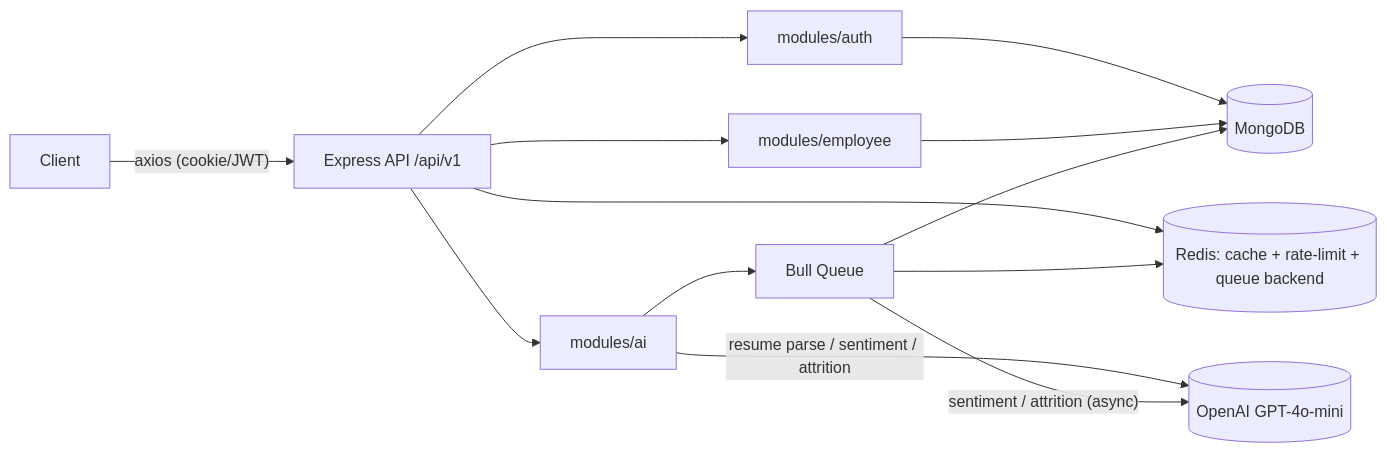
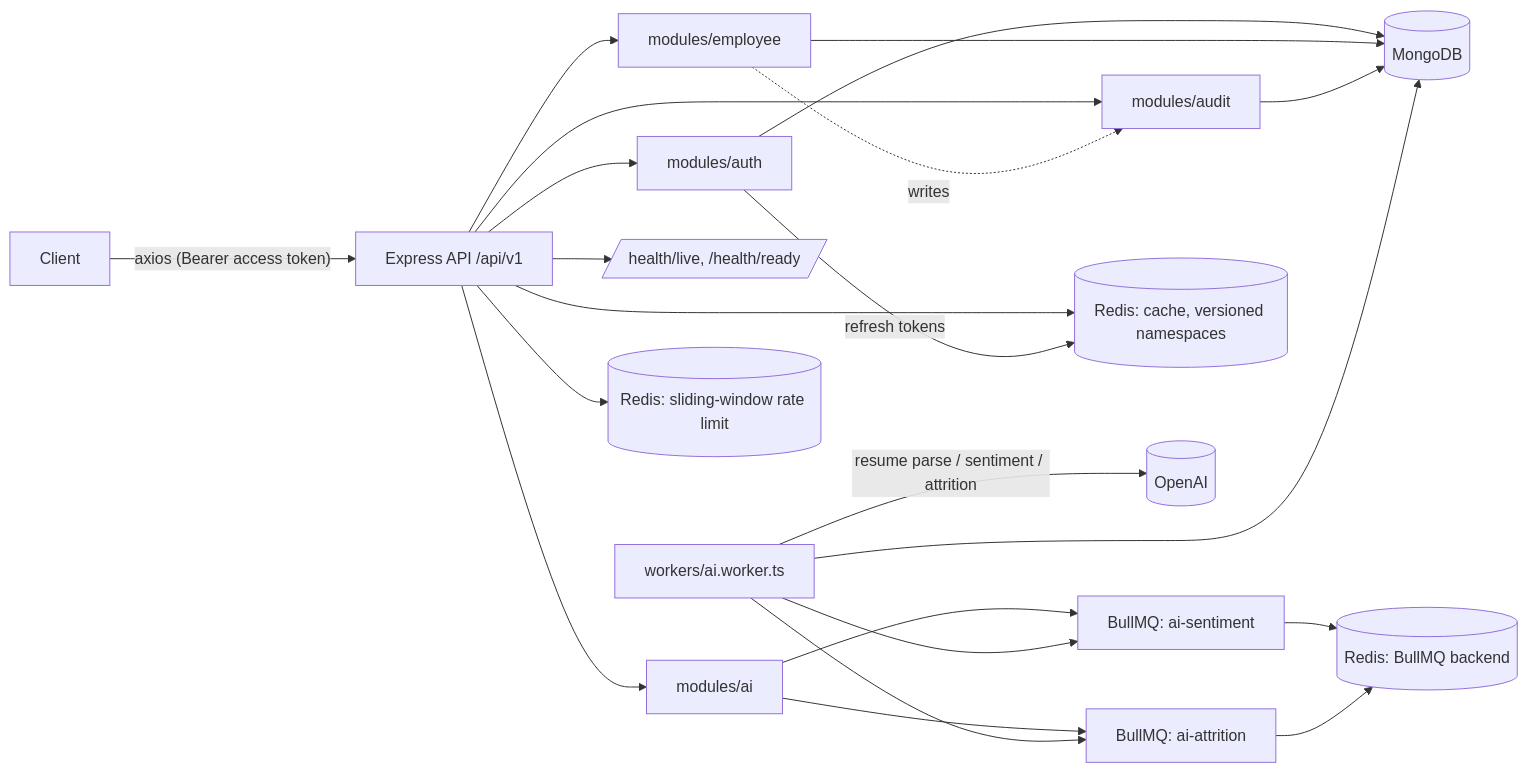
Before and after one commit to mondol2023/HRM-System: the diagram in backend/backendplan.md, drawn with Mermaid. The commit also changed other lines of this file and 30 other files, not shown here.

Commit message:
added audit and leave module in backend files

````diff
--- a/backend/backendplan.md
+++ b/backend/backendplan.md
@@ -14,15 +12,24 @@
 ```mermaid
 flowchart LR
-    Client -- axios (cookie/JWT) --> API[Express API /api/v1]
+    Client -- axios (Bearer access token) --> API[Express API /api/v1]
     API --> Auth[modules/auth]
     API --> Employee[modules/employee]
     API --> AI[modules/ai]
-    AI --> Queue[Bull Queue]
+    API --> Audit[modules/audit]
+    API --> Health[/health/live, /health/ready/]
+    Employee -. writes .-> Audit
+    AI --> SentQ[BullMQ: ai-sentiment]
+    AI --> AttrQ[BullMQ: ai-attrition]
+    Worker[workers/ai.worker.ts] --> SentQ
+    Worker --> AttrQ
     Auth --> Mongo[(MongoDB)]
     Employee --> Mongo
-    Queue --> Mongo
-    API --> Redis[(Redis: cache + rate-limit + queue backend)]
-    Queue --> Redis
-    AI -- resume parse / sentiment / attrition --> OpenAI[(OpenAI GPT-4o-mini)]
-    Queue -- sentiment / attrition (async) --> OpenAI
+    Audit --> Mongo
+    Worker --> Mongo
+    API --> RedisCache[(Redis: cache, versioned namespaces)]
+    API --> RedisLimit[(Redis: sliding-window rate limit)]
+    SentQ --> RedisQueue[(Redis: BullMQ backend)]
+    AttrQ --> RedisQueue
+    Auth -- refresh tokens --> RedisCache
+    Worker -- resume parse / sentiment / attrition --> OpenAI[(OpenAI)]
 ```
````
